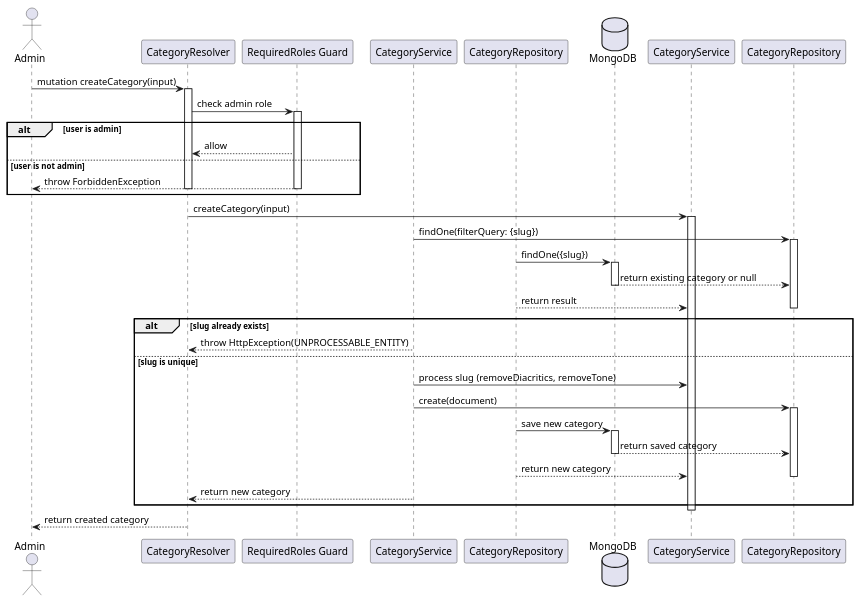
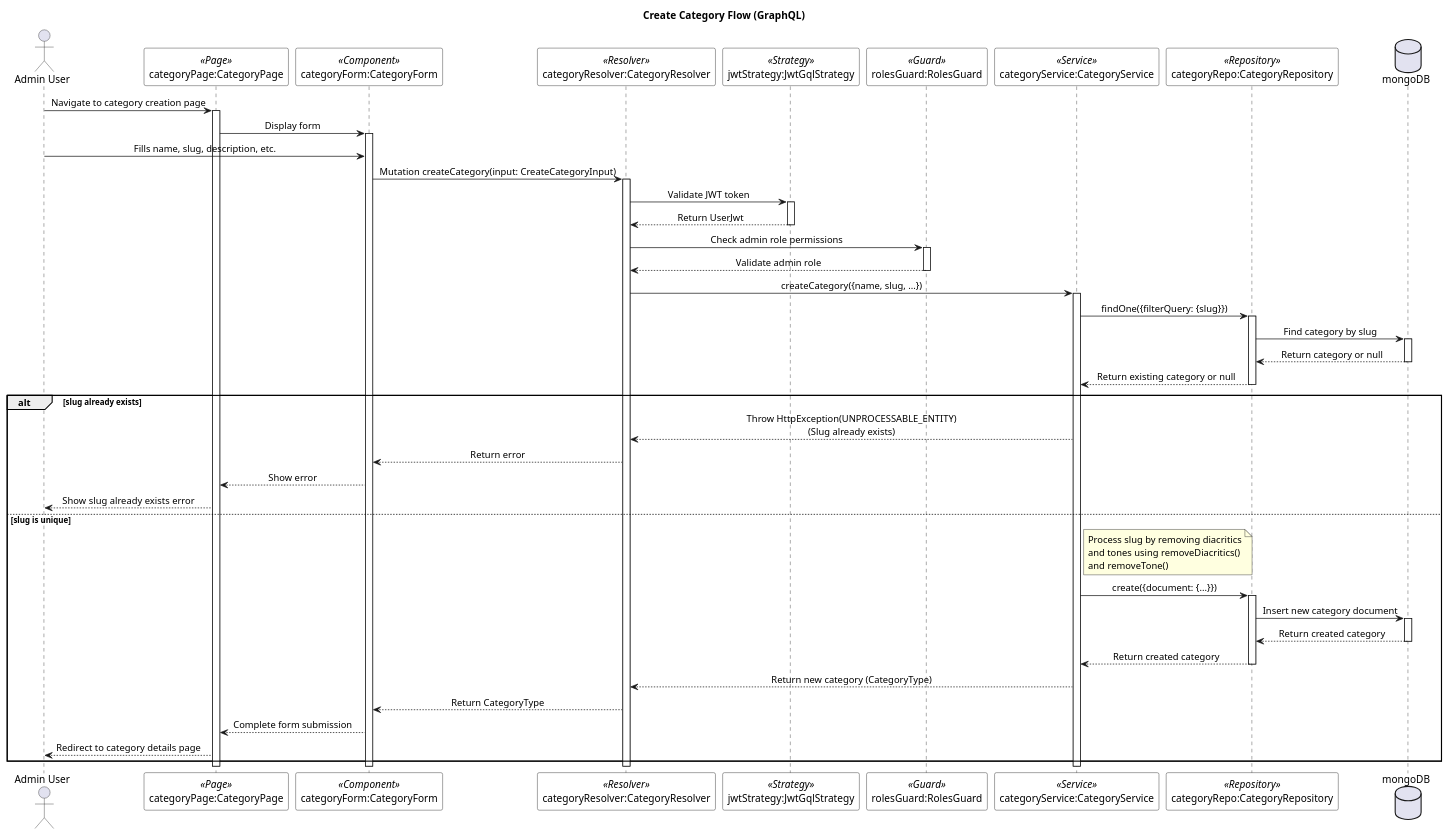
One commit to lehuygiang28/vphim changed the diagram in documents/diagram/sequences/categories/category_create_category.puml. Above: the diagram before and after it, drawn with PlantUML. The commit also changed 4 other files, not shown here.

First line of the commit message:
refactor(diagrams/sequences/categories): 🛠️ update category management flow diagrams

```diff
--- a/documents/diagram/sequences/categories/category_create_category.puml
+++ b/documents/diagram/sequences/categories/category_create_category.puml
@@ -1,57 +1,88 @@
-@startuml Category - Create Category
+@startuml Create Category Flow
 
-actor "Admin" as Client
-participant "CategoryResolver" as Resolver
-participant "RequiredRoles Guard" as Guard
-participant "CategoryService" as Service
-participant "CategoryRepository" as Repo
-database "MongoDB" as DB
+skinparam SequenceMessageAlignment center
+skinparam SequenceBoxBackgroundColor white
+skinparam SequenceBoxBorderColor black
+skinparam NoteBackgroundColor lightyellow
+skinparam NoteBorderColor black
+skinparam ParticipantBackgroundColor white
+skinparam ParticipantBorderColor black
 
-Client -> Resolver: mutation createCategory(input)
-activate Resolver
+title Create Category Flow (GraphQL)
 
-Resolver -> Guard: check admin role
-activate Guard
-alt user is admin
-    Guard --> Resolver: allow
-else user is not admin
-    Guard --> Client: throw ForbiddenException
-    deactivate Resolver
-    deactivate Guard
-end
-deactivate Guard
+actor "Admin User" as adminUser
+participant "categoryPage:CategoryPage" as categoryPage <<Page>>
+participant "categoryForm:CategoryForm" as categoryForm <<Component>>
+participant "categoryResolver:CategoryResolver" as categoryResolver <<Resolver>>
+participant "jwtStrategy:JwtGqlStrategy" as jwtStrategy <<Strategy>>
+participant "rolesGuard:RolesGuard" as rolesGuard <<Guard>>
+participant "categoryService:CategoryService" as categoryService <<Service>>
+participant "categoryRepo:CategoryRepository" as categoryRepo <<Repository>>
+database "mongoDB" as mongoDB
 
-Resolver -> CategoryService: createCategory(input)
-activate CategoryService
+adminUser -> categoryPage : Navigate to category creation page
+activate categoryPage
 
-Service -> CategoryRepository: findOne(filterQuery: {slug})
-activate CategoryRepository
-Repo -> DB: findOne({slug})
-activate DB
-DB --> CategoryRepository: return existing category or null
-deactivate DB
-Repo --> CategoryService: return result
-deactivate CategoryRepository
+categoryPage -> categoryForm : Display form
+activate categoryForm
+
+adminUser -> categoryForm : Fills name, slug, description, etc.
+
+categoryForm -> categoryResolver : Mutation createCategory(input: CreateCategoryInput)
+activate categoryResolver
+
+categoryResolver -> jwtStrategy : Validate JWT token
+activate jwtStrategy
+jwtStrategy --> categoryResolver : Return UserJwt
+deactivate jwtStrategy
+
+categoryResolver -> rolesGuard : Check admin role permissions
+activate rolesGuard
+rolesGuard --> categoryResolver : Validate admin role
+    deactivate rolesGuard
+
+categoryResolver -> categoryService : createCategory({name, slug, ...})
+activate categoryService
+
+categoryService -> categoryRepo : findOne({filterQuery: {slug}})
+activate categoryRepo
+categoryRepo -> mongoDB : Find category by slug
+activate mongoDB
+mongoDB --> categoryRepo : Return category or null
+    deactivate mongoDB
+categoryRepo --> categoryService : Return existing category or null
+    deactivate categoryRepo
 
 alt slug already exists
-    Service --> Resolver: throw HttpException(UNPROCESSABLE_ENTITY)
+    categoryService --> categoryResolver : Throw HttpException(UNPROCESSABLE_ENTITY)\n(Slug already exists)
+    categoryResolver --> categoryForm : Return error
+    categoryForm --> categoryPage : Show error
+    categoryPage --> adminUser : Show slug already exists error
 else slug is unique
-    Service -> CategoryService: process slug (removeDiacritics, removeTone)
-    
-    Service -> CategoryRepository: create(document)
-    activate CategoryRepository
-    Repo -> DB: save new category
-    activate DB
-    DB --> CategoryRepository: return saved category
-    deactivate DB
-    Repo --> CategoryService: return new category
-    deactivate CategoryRepository
-    
-    Service --> Resolver: return new category
+    note right of categoryService
+        Process slug by removing diacritics
+        and tones using removeDiacritics()
+        and removeTone()
+    end note
+
+    categoryService -> categoryRepo : create({document: {...}})
+    activate categoryRepo
+    categoryRepo -> mongoDB : Insert new category document
+    activate mongoDB
+    mongoDB --> categoryRepo : Return created category
+    deactivate mongoDB
+    categoryRepo --> categoryService : Return created category
+    deactivate categoryRepo
+
+    categoryService --> categoryResolver : Return new category (CategoryType)
+    categoryResolver --> categoryForm : Return CategoryType
+    categoryForm --> categoryPage : Complete form submission
+    categoryPage --> adminUser : Redirect to category details page
 end
 
-deactivate CategoryService
-Resolver --> Client: return created category
-deactivate Resolver
+deactivate categoryService
+deactivate categoryResolver
+deactivate categoryForm
+deactivate categoryPage
 
-@enduml 
+@enduml
```
